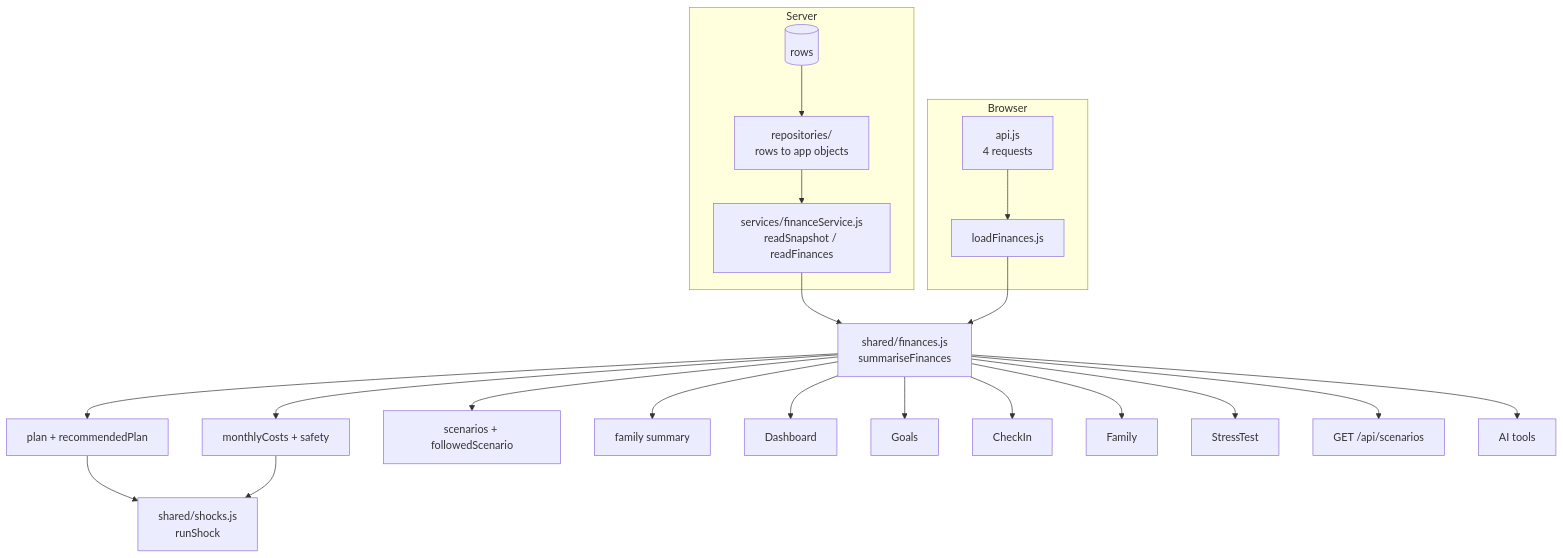
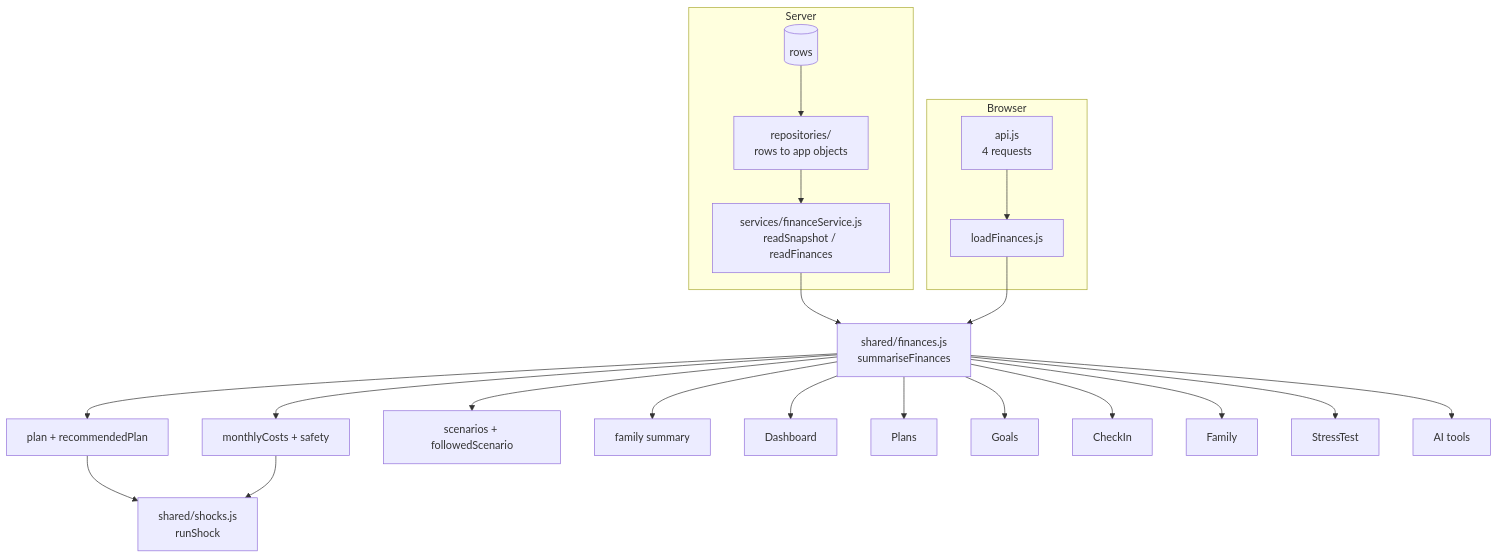
The second of 4 diagrams in docs/SYSTEM_DESIGN.md (i-varunsharma/Nest-Worth), drawn with Mermaid before and after one commit. The commit also changed other lines of this file and 114 other files, not shown here.

````diff
--- a/docs/SYSTEM_DESIGN.md
+++ b/docs/SYSTEM_DESIGN.md
@@ -140,24 +143,24 @@
 ```mermaid
 flowchart TD
   subgraph Server
     DBRows[(rows)] --> RowsJS[repositories/<br/>rows to app objects]
     RowsJS --> ReadSnapshot[services/financeService.js<br/>readSnapshot / readFinances]
   end
 
   subgraph Browser
     Fetch[api.js<br/>4 requests] --> LoadFin[loadFinances.js]
   end
 
   ReadSnapshot --> SF[shared/finances.js<br/>summariseFinances]
   LoadFin --> SF
 
   SF --> Plan[plan + recommendedPlan]
   SF --> Costs[monthlyCosts + safety]
   SF --> Scen[scenarios + followedScenario]
   SF --> Fam[family summary]
 
   Plan --> Shocks[shared/shocks.js<br/>runShock]
   Costs --> Shocks
 
-  SF --> Dashboard & Goals & CheckIn & Family & StressTest & ScenariosRoute["GET /api/scenarios"] & Tools[AI tools]
+  SF --> Dashboard & Plans & Goals & CheckIn & Family & StressTest & Tools[AI tools]
 ```
````
